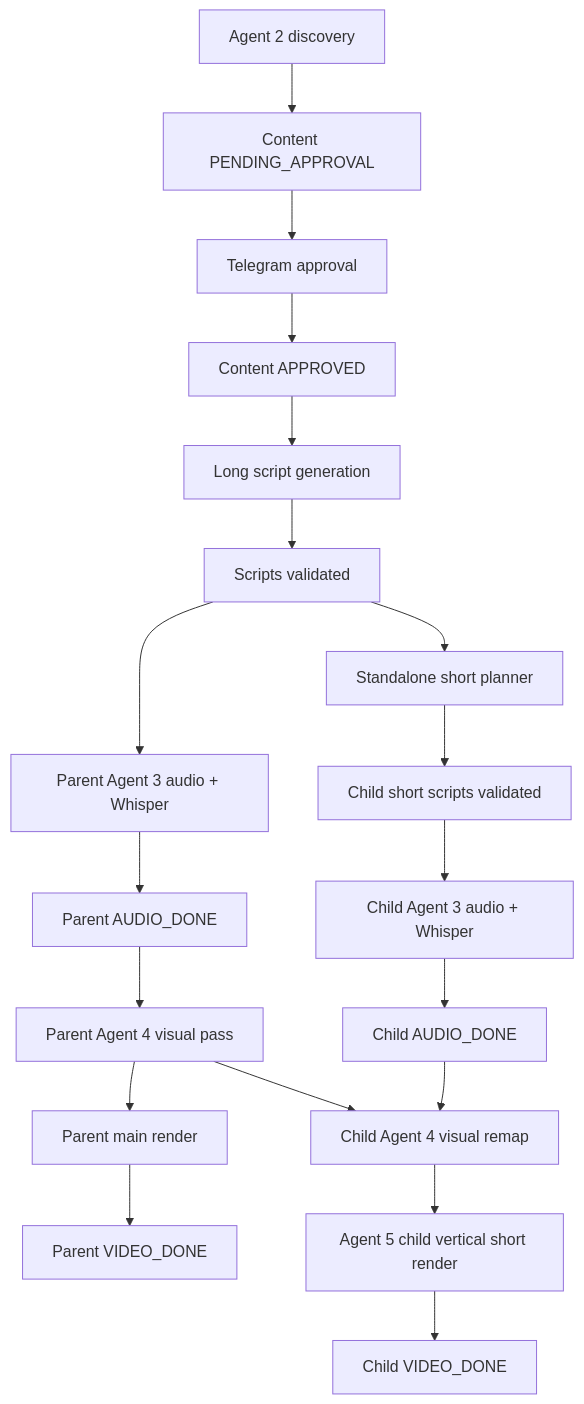
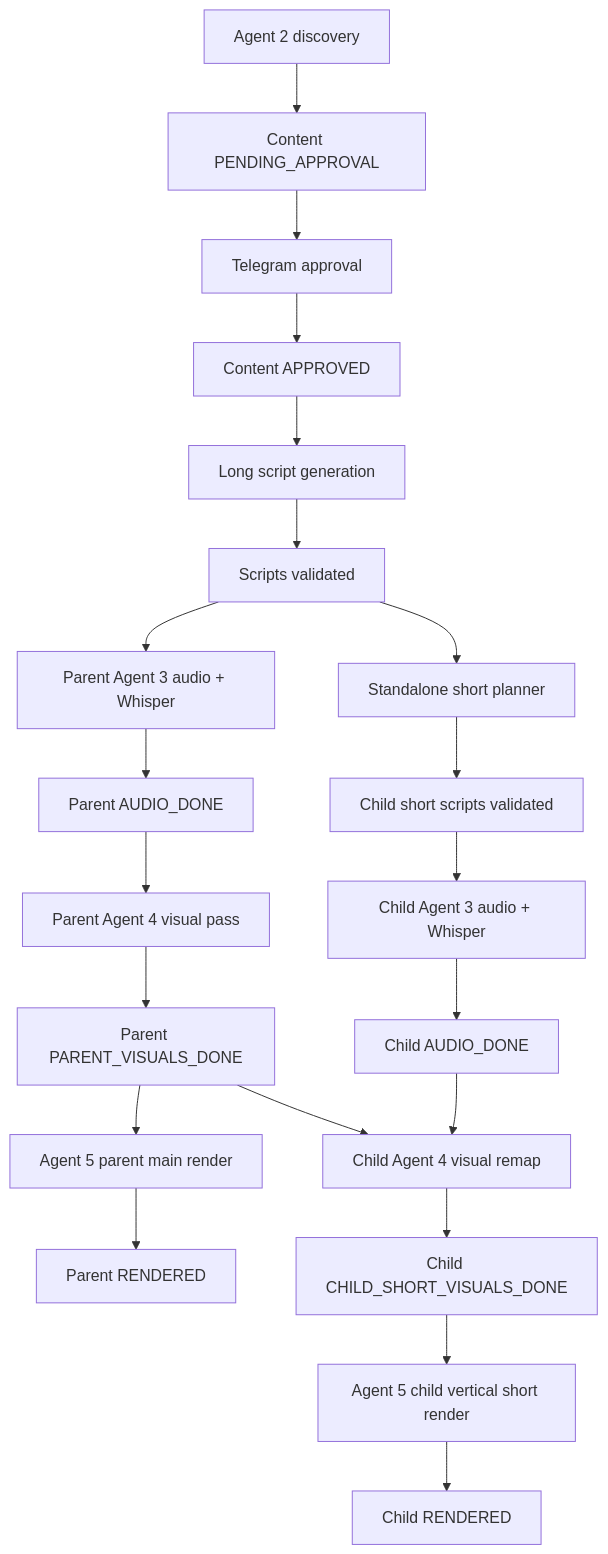
One commit to Hssingr/content-factory changed the first of 8 diagrams in CLAUDE.md. Above: the diagram before and after it, drawn with Mermaid. The commit also changed other lines of this file and 17 other files, not shown here.

Commit message:
stabilize architecture

````diff
--- a/CLAUDE.md
+++ b/CLAUDE.md
@@ -76,21 +76,23 @@
 ```mermaid
 flowchart TD
     A[Agent 2 discovery] --> B[Content PENDING_APPROVAL]
     B --> C[Telegram approval]
     C --> D[Content APPROVED]
     D --> E[Long script generation]
     E --> F[Scripts validated]
     F --> G[Standalone short planner]
     G --> H[Child short scripts validated]
     F --> I[Parent Agent 3 audio + Whisper]
     H --> J[Child Agent 3 audio + Whisper]
     I --> K[Parent AUDIO_DONE]
     J --> L[Child AUDIO_DONE]
     K --> N[Parent Agent 4 visual pass]
-    N --> O[Parent main render]
-    O --> P[Parent VIDEO_DONE]
+    N --> N2[Parent PARENT_VISUALS_DONE]
+    N2 --> O[Agent 5 parent main render]
+    O --> P[Parent RENDERED]
     L --> Q[Child Agent 4 visual remap]
-    N --> Q
-    Q --> R[Agent 5 child vertical short render]
-    R --> S[Child VIDEO_DONE]
+    N2 --> Q
+    Q --> Q2[Child CHILD_SHORT_VISUALS_DONE]
+    Q2 --> R[Agent 5 child vertical short render]
+    R --> S[Child RENDERED]
 ```
````
